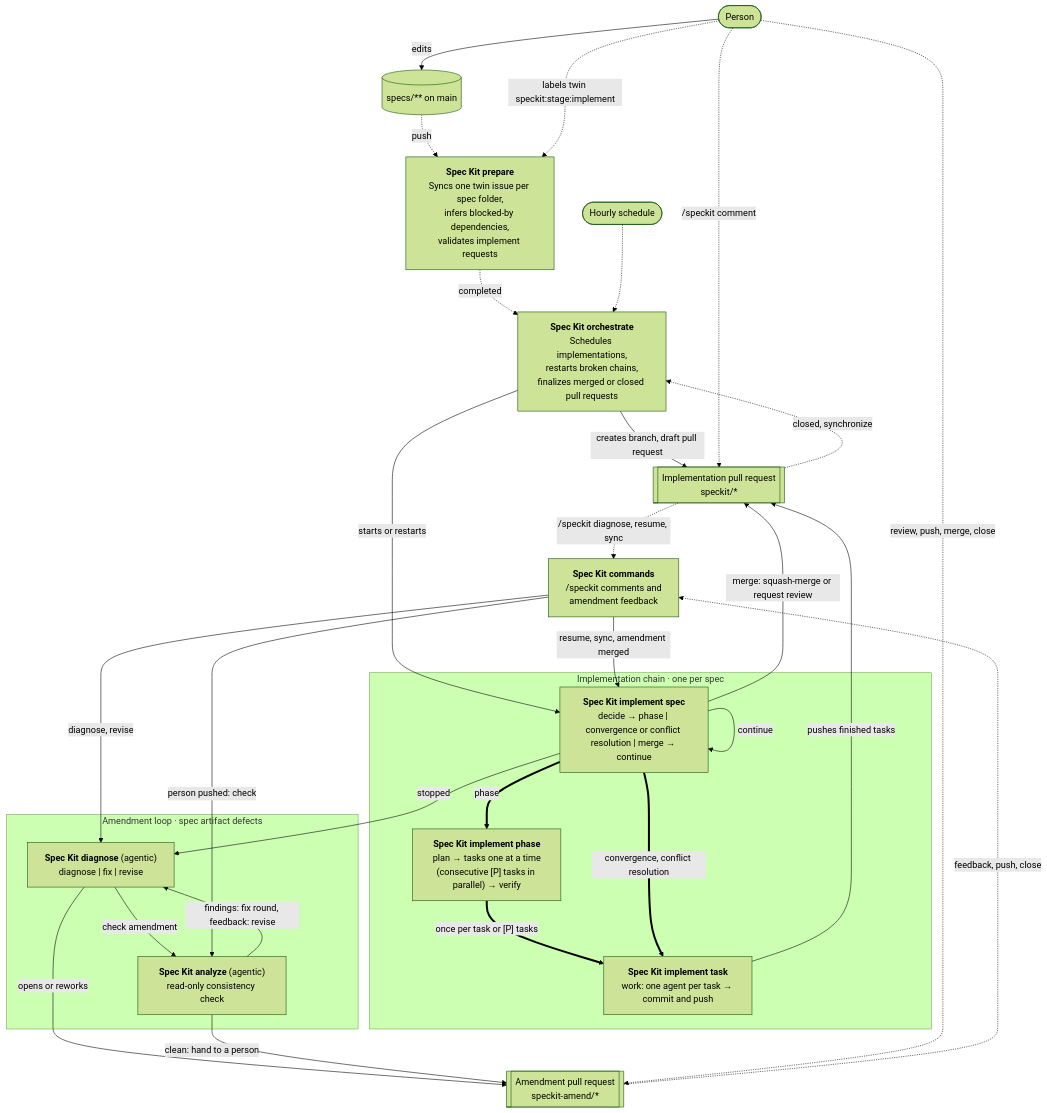
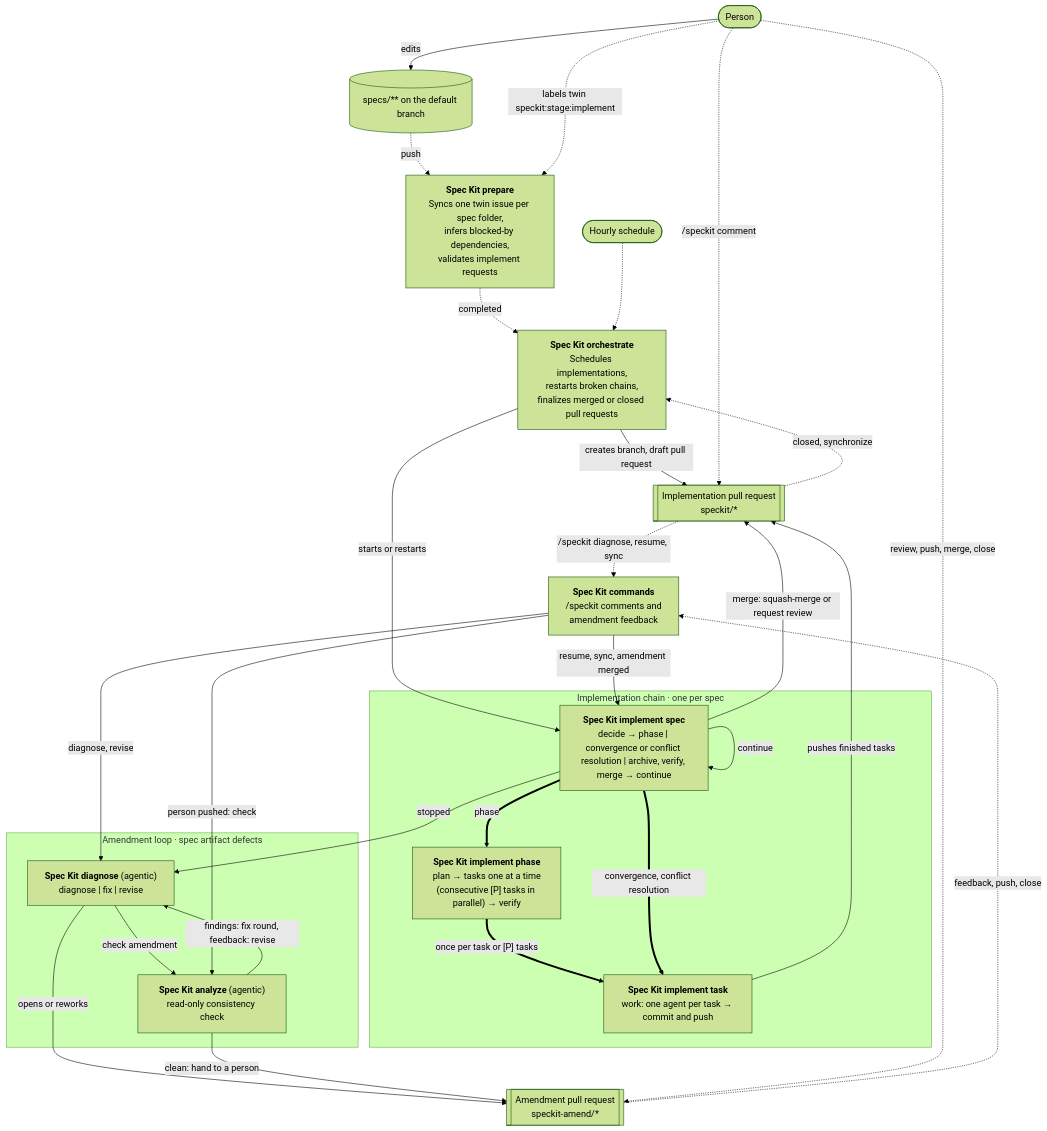
Before and after one commit to markusheiliger/socalytics: the diagram in .github/workflows/README.md, drawn with Mermaid (forest theme). The commit also changed other lines of this file and 142 other files, not shown here.

````diff
--- a/.github/workflows/README.md
+++ b/.github/workflows/README.md
@@ -9,55 +9,55 @@
 ```mermaid
 flowchart TD
     person(["Person"])
-    specs[("specs/** on main")]
+    specs[("specs/** on the default branch")]
     cron(["Hourly schedule"])
 
     prepare["<b>Spec Kit prepare</b><br/>Syncs one twin issue per spec folder,<br/>infers blocked-by dependencies,<br/>validates implement requests"]
     orchestrate["<b>Spec Kit orchestrate</b><br/>Schedules implementations,<br/>restarts broken chains,<br/>finalizes merged or closed pull requests"]
     commands["<b>Spec Kit commands</b><br/>/speckit comments and<br/>amendment feedback"]
 
     subgraph chain["Implementation chain · one per spec"]
-        spec["<b>Spec Kit implement spec</b><br/>decide → phase | convergence or conflict resolution | merge → continue"]
+        spec["<b>Spec Kit implement spec</b><br/>decide → phase | convergence or conflict resolution | archive, verify, merge → continue"]
         phase["<b>Spec Kit implement phase</b><br/>plan → tasks one at a time<br/>(consecutive [P] tasks in parallel) → verify"]
         task["<b>Spec Kit implement task</b><br/>work: one agent per task → commit and push"]
     end
 
     subgraph amend["Amendment loop · spec artifact defects"]
         diagnose["<b>Spec Kit diagnose</b> (agentic)<br/>diagnose | fix | revise"]
         analyze["<b>Spec Kit analyze</b> (agentic)<br/>read-only consistency check"]
     end
 
     implPr[["Implementation pull request<br/>speckit/*"]]
     amendPr[["Amendment pull request<br/>speckit-amend/*"]]
 
     person -- "edits" --> specs
     specs -. "push" .-> prepare
     person -. "labels twin speckit:stage:implement" .-> prepare
     prepare -. "completed" .-> orchestrate
     cron -.-> orchestrate
     implPr -. "closed, synchronize" .-> orchestrate
 
     orchestrate -- "creates branch, draft pull request" --> implPr
     orchestrate -- "starts or restarts" --> spec
 
     spec == "phase" ==> phase
     phase == "once per task or [P] tasks" ==> task
     spec == "convergence, conflict resolution" ==> task
     spec -- "continue" --> spec
     task -- "pushes finished tasks" --> implPr
     spec -- "merge: squash-merge or request review" --> implPr
 
     spec -- "stopped" --> diagnose
     diagnose -- "opens or reworks" --> amendPr
     diagnose -- "check amendment" --> analyze
     analyze -- "findings: fix round, feedback: revise" --> diagnose
     analyze -- "clean: hand to a person" --> amendPr
 
     person -. "/speckit comment" .-> implPr
     person -. "review, push, merge, close" .-> amendPr
     implPr -. "/speckit diagnose, resume, sync" .-> commands
     amendPr -. "feedback, push, close" .-> commands
     commands -- "resume, sync, amendment merged" --> spec
     commands -- "diagnose, revise" --> diagnose
     commands -- "person pushed: check" --> analyze
 ```
````
